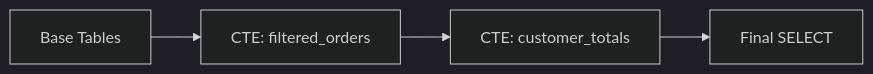
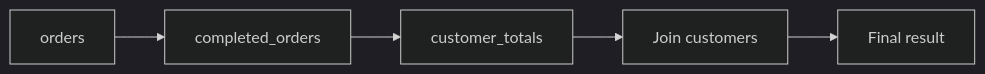
The fifth of 7 diagrams in src/content/databases/joins-subqueries-ctes.md (AvadhBhalodiya/Interview-Preparation), drawn with Mermaid (dark theme) before and after one commit. The commit also changed other lines of this file and 80 other files, not shown here.

````diff
--- a/src/content/databases/joins-subqueries-ctes.md
+++ b/src/content/databases/joins-subqueries-ctes.md
@@ -1064,6 +657,7 @@
 ```mermaid
 flowchart LR
-    A[Base Tables] --> B[CTE: filtered_orders]
-    B --> C[CTE: customer_totals]
-    C --> D[Final SELECT]
+    O[orders] --> F[completed_orders]
+    F --> A[customer_totals]
+    A --> J[Join customers]
+    J --> R[Final result]
 ```
````
